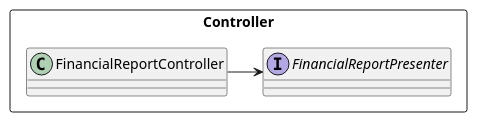
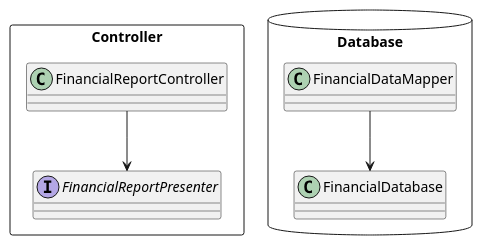
Before and after one commit to huland/logseq-notes: the third of 3 diagrams in pages/Robert C. Martin - Clean Architecture A Craftsman's Guide to Software Structure and Design.md, drawn with PlantUML.

Commit message:
Auto saved by Logseq

```diff
--- a/pages/Robert C. Martin - Clean Architecture A Craftsman's Guide to Software Structure and Design.md
+++ b/pages/Robert C. Martin - Clean Architecture A Craftsman's Guide to Software Structure and Design.md
@@ -204,9 +204,15 @@
 				  @startuml
 				  rectangle Controller {
 				    class FinancialReportController 
 				    interface FinancialReportPresenter
 				  }
+				  database Database {
+				    class FinancialDataMapper 
+				    class FinancialDatabase
+				  }
 				  
 				  
-				  FinancialReportController -> FinancialReportPresenter
+				  FinancialReportController --> FinancialReportPresenter
+				  
+				  FinancialDataMapper --> FinancialDatabase
 				  @enduml
```
